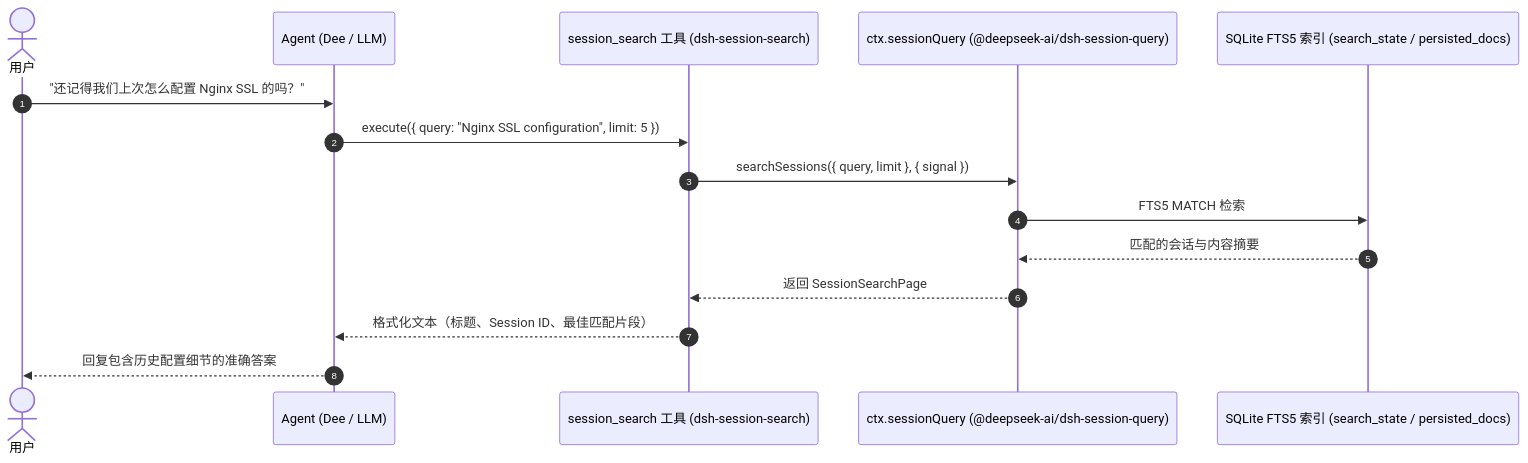
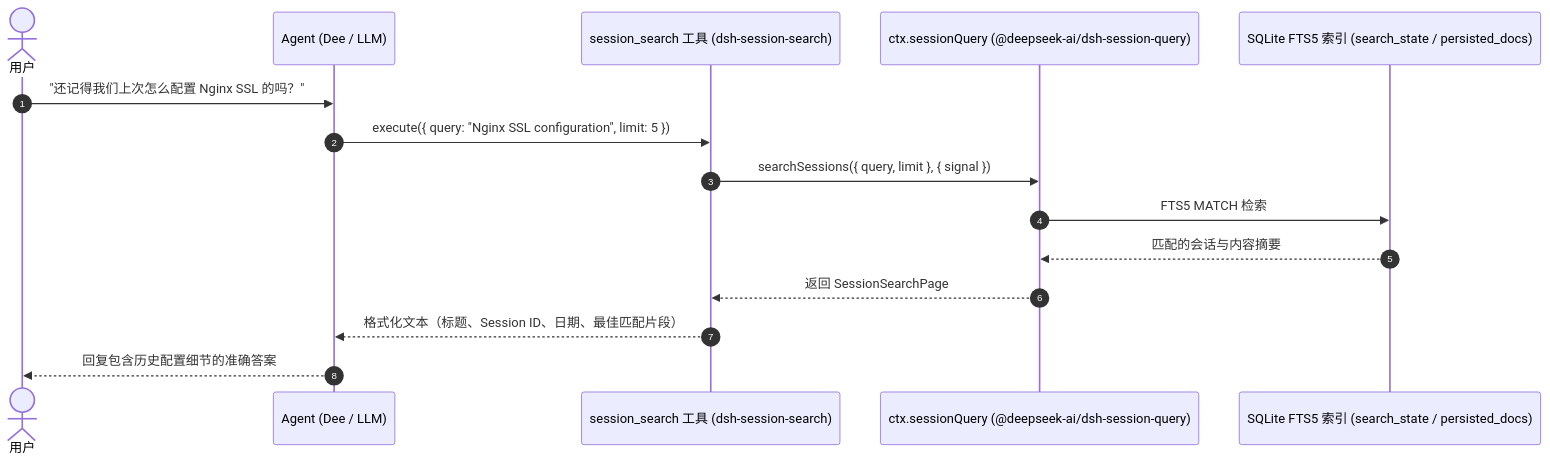
Before and after one commit to GooDAnDReaDY/dsh-session-search: the diagram in README.zh.md, drawn with Mermaid. The commit also changed other lines of this file and 6 other files, not shown here.

````diff
--- a/README.zh.md
+++ b/README.zh.md
@@ -41,18 +52,18 @@
 ```mermaid
 sequenceDiagram
     autonumber
     actor User as 用户
     participant Agent as Agent (Dee / LLM)
     participant Tool as session_search 工具 (dsh-session-search)
     participant Core as ctx.sessionQuery (@deepseek-ai/dsh-session-query)
     participant DB as SQLite FTS5 索引 (search_state / persisted_docs)
 
     User->>Agent: "还记得我们上次怎么配置 Nginx SSL 的吗？"
     Agent->>Tool: execute({ query: "Nginx SSL configuration", limit: 5 })
     Tool->>Core: searchSessions({ query, limit }, { signal })
     Core->>DB: FTS5 MATCH 检索
     DB-->>Core: 匹配的会话与内容摘要
     Core-->>Tool: 返回 SessionSearchPage
-    Tool-->>Agent: 格式化文本（标题、Session ID、最佳匹配片段）
+    Tool-->>Agent: 格式化文本（标题、Session ID、日期、最佳匹配片段）
     Agent-->>User: 回复包含历史配置细节的准确答案
 ```
````
